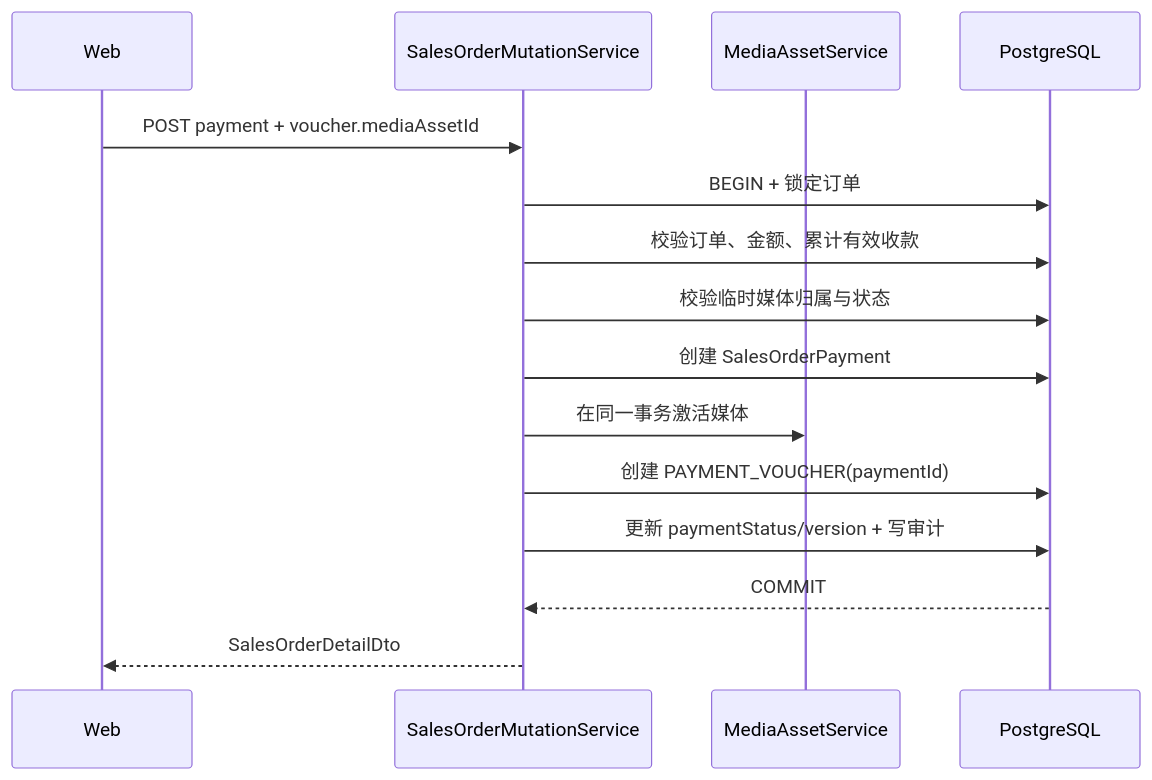
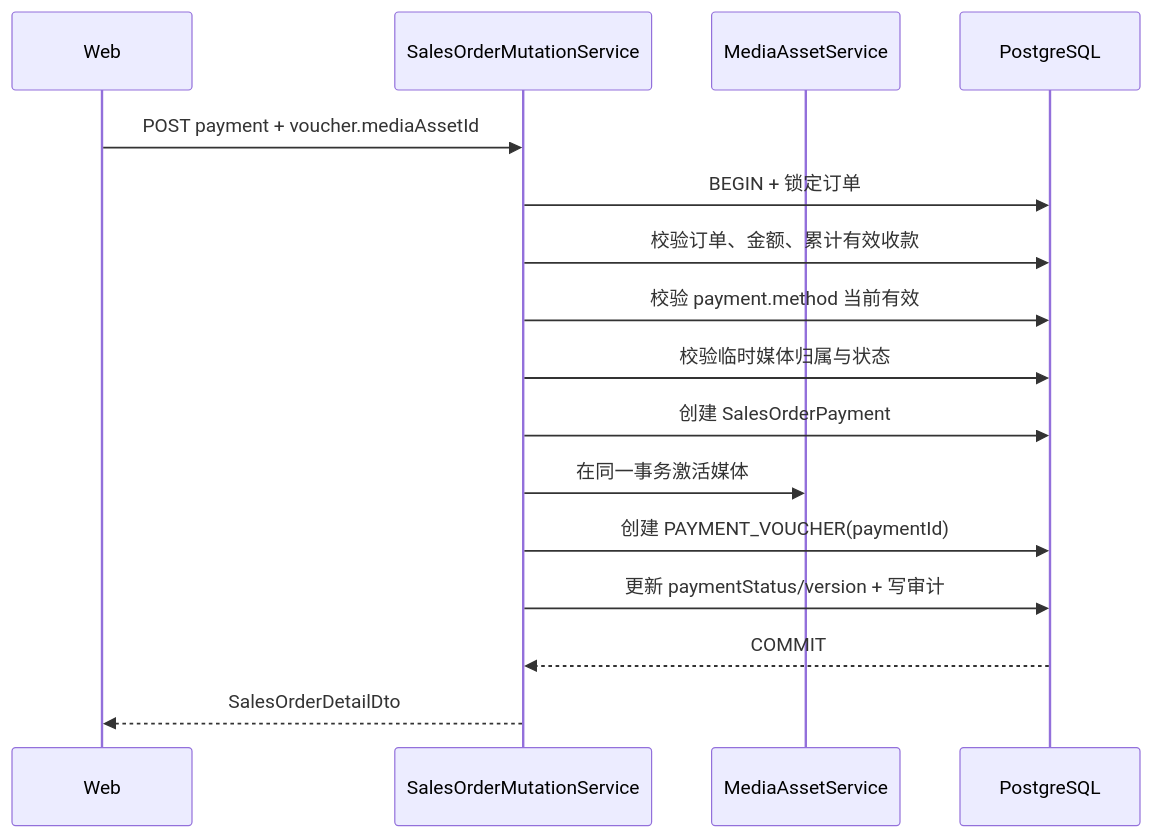
The diagram in specs/sales-order-payment-and-receipts/design.md (SilnoGM/QIANSHU-DMS), drawn with Mermaid before and after one commit. The commit also changed other lines of this file and 2 other files, not shown here.

````diff
--- a/specs/sales-order-payment-and-receipts/design.md
+++ b/specs/sales-order-payment-and-receipts/design.md
@@ -325,18 +369,19 @@
 ```mermaid
 sequenceDiagram
   participant Web
   participant Payment as SalesOrderMutationService
   participant Media as MediaAssetService
   participant DB as PostgreSQL
 
   Web->>Payment: POST payment + voucher.mediaAssetId
   Payment->>DB: BEGIN + 锁定订单
   Payment->>DB: 校验订单、金额、累计有效收款
+  Payment->>DB: 校验 payment.method 当前有效
   Payment->>DB: 校验临时媒体归属与状态
   Payment->>DB: 创建 SalesOrderPayment
   Payment->>Media: 在同一事务激活媒体
   Payment->>DB: 创建 PAYMENT_VOUCHER(paymentId)
   Payment->>DB: 更新 paymentStatus/version + 写审计
   DB-->>Payment: COMMIT
   Payment-->>Web: SalesOrderDetailDto
 ```
````
